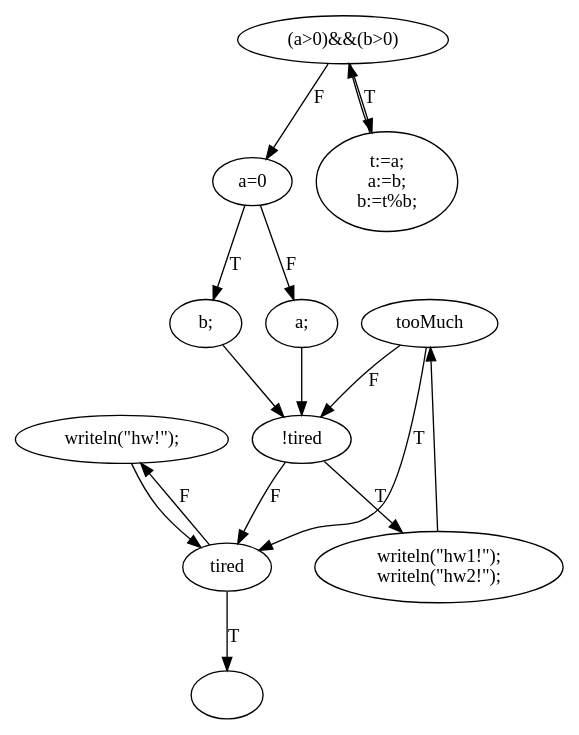
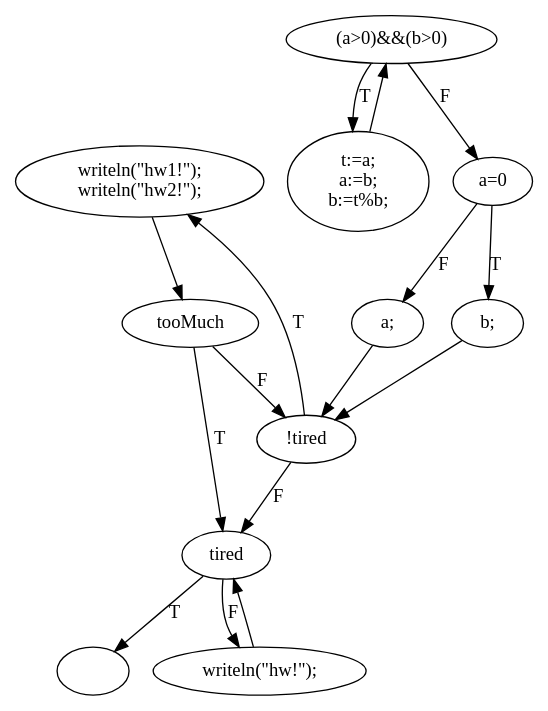
The diagram in program-model-verification/output/lab2_cfg/while.gcd.dot (romagolchin/itmo-masters), drawn with Graphviz before and after one commit. The commit also changed 13 other files, not shown here.

```diff
--- a/program-model-verification/output/lab2_cfg/while.gcd.dot
+++ b/program-model-verification/output/lab2_cfg/while.gcd.dot
@@ -1,31 +1,31 @@
 digraph {
-  0 [label="writeln(\"hw!\");"];
-  1 [label="tooMuch"];
-  2 [label=""];
-  3 [label="!tired"];
-  4 [label="a=0"];
-  5 [label="(a>0)&&(b>0)"];
-  6 [label="writeln(\"hw1!\");
+  0 [label="writeln(\"hw1!\");
 writeln(\"hw2!\");"];
-  7 [label="b;"];
+  1 [label=""];
+  2 [label="tired"];
+  3 [label="tooMuch"];
+  4 [label="a;"];
+  5 [label="!tired"];
+  6 [label="(a>0)&&(b>0)"];
+  7 [label="writeln(\"hw!\");"];
   8 [label="t:=a;
 a:=b;
 b:=t%b;"];
-  9 [label="tired"];
-  10 [label="a;"];
-  6 -> 1 [label=""];
-  5 -> 8 [label="T"];
-  9 -> 0 [label="F"];
-  1 -> 9 [label="T"];
-  0 -> 9 [label=""];
-  1 -> 3 [label="F"];
-  7 -> 3 [label=""];
-  3 -> 9 [label="F"];
-  3 -> 6 [label="T"];
-  10 -> 3 [label=""];
-  5 -> 4 [label="F"];
-  9 -> 2 [label="T"];
-  8 -> 5 [label=""];
-  4 -> 7 [label="T"];
-  4 -> 10 [label="F"];
+  9 [label="b;"];
+  10 [label="a=0"];
+  9 -> 5 [label=""];
+  6 -> 10 [label="F"];
+  8 -> 6 [label=""];
+  7 -> 2 [label=""];
+  6 -> 8 [label="T"];
+  2 -> 7 [label="F"];
+  4 -> 5 [label=""];
+  5 -> 0 [label="T"];
+  5 -> 2 [label="F"];
+  10 -> 9 [label="T"];
+  0 -> 3 [label=""];
+  10 -> 4 [label="F"];
+  2 -> 1 [label="T"];
+  3 -> 5 [label="F"];
+  3 -> 2 [label="T"];
 }
```
